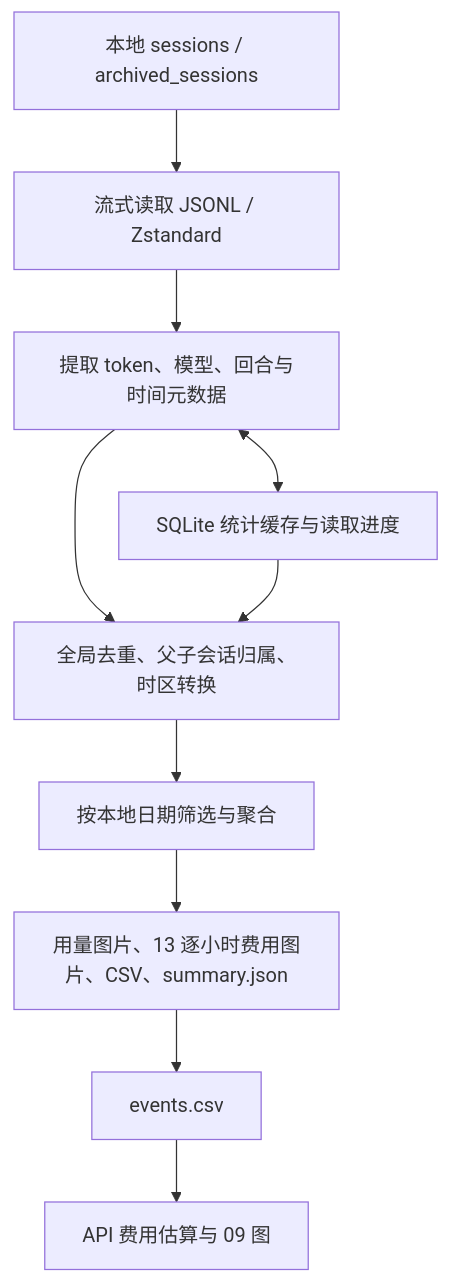
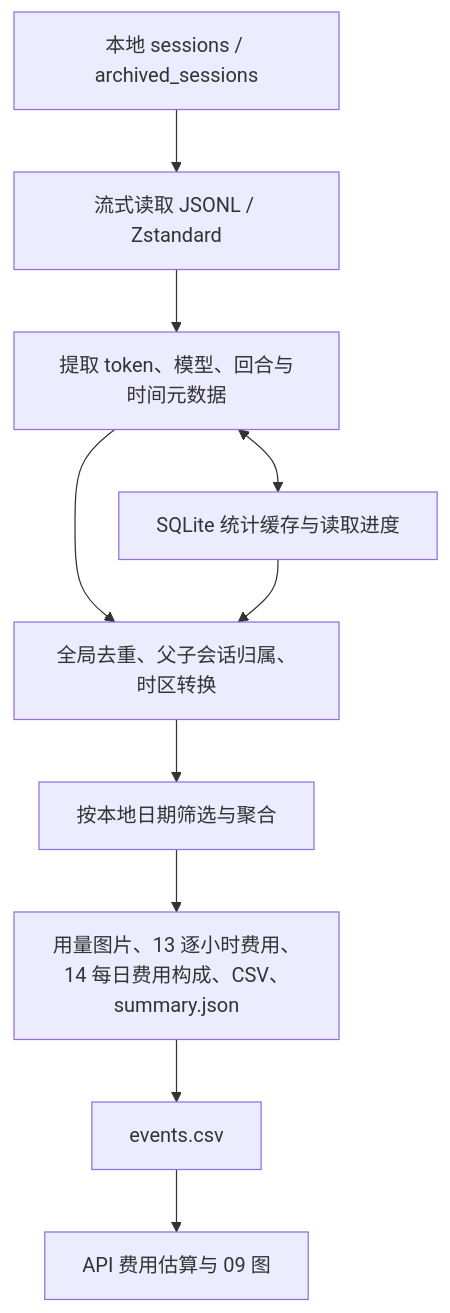
Before and after one commit to YS-Pan/codex-usage-plot: the diagram in dev_doc/architecture.md, drawn with Mermaid. The commit also changed other lines of this file and 12 other files, not shown here.

Commit message:
Add daily token cost composition bar chart

````diff
--- a/dev_doc/architecture.md
+++ b/dev_doc/architecture.md
@@ -33,12 +33,12 @@
 ```mermaid
 flowchart TD
     L[本地 sessions / archived_sessions] --> R[流式读取 JSONL / Zstandard]
     R --> P[提取 token、模型、回合与时间元数据]
     P <--> C[SQLite 统计缓存与读取进度]
     P --> D[全局去重、父子会话归属、时区转换]
     C --> D
     D --> F[按本地日期筛选与聚合]
-    F --> U[用量图片、13 逐小时费用图片、CSV、summary.json]
+    F --> U[用量图片、13 逐小时费用、14 每日费用构成、CSV、summary.json]
     U --> E[events.csv]
     E --> A[API 费用估算与 09 图]
 ```
````
